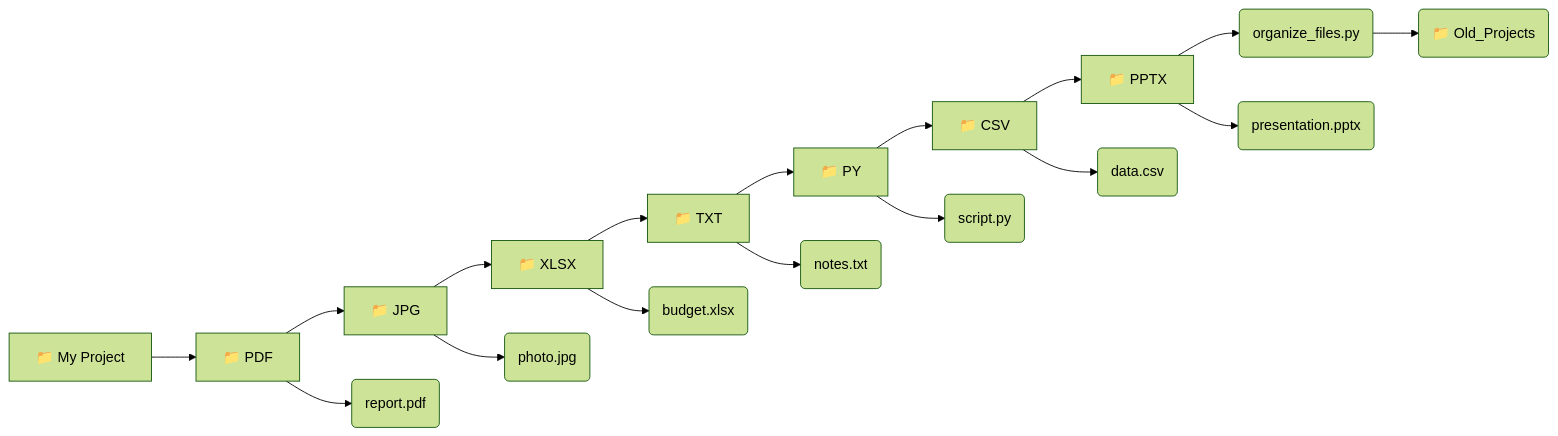
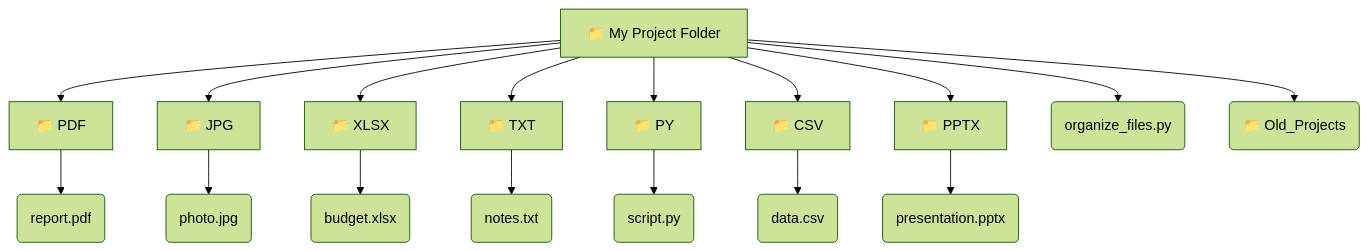
One commit to zainosta/Organize-my-Files changed the diagram in README.md. Above: the diagram before and after it, drawn with Mermaid (forest theme). The commit also changed other lines of this file, not shown here.

````diff
--- a/README.md
+++ b/README.md
@@ -51,20 +57,20 @@
 ```mermaid
-graph LR
-    A[📁 My Project] --> P[📁 PDF]
-    P --> Q[📁 JPG]
-    Q --> R[📁 XLSX]
-    R --> S[📁 TXT]
-    S --> T[📁 PY]
-    T --> U[📁 CSV]
-    U --> V[📁 PPTX]
-    V --> W(organize_files.py)
-    W --> X(📁 Old_Projects)
+graph TD
+    A[📁 My Project Folder] --> P[📁 PDF]
+    A --> Q[📁 JPG]
+    A --> R[📁 XLSX]
+    A --> S[📁 TXT]
+    A --> T[📁 PY]
+    A --> U[📁 CSV]
+    A --> V[📁 PPTX]
+    A --> W(organize_files.py)
+    A --> X(📁 Old_Projects)
 
     P --> B(report.pdf)
     Q --> C(photo.jpg)
     R --> D(budget.xlsx)
     S --> E(notes.txt)
     T --> F(script.py)
     U --> G(data.csv)
     V --> H(presentation.pptx)
 ```
````
